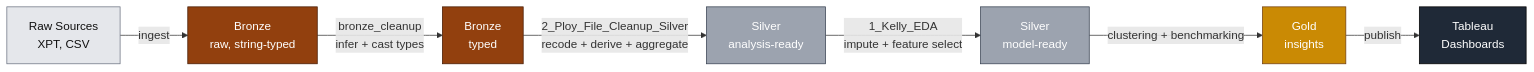
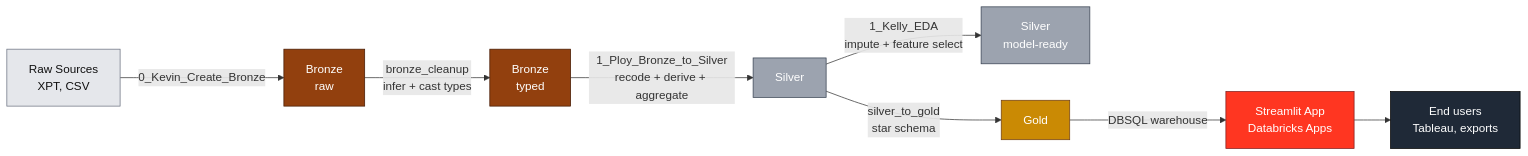
The diagram in README.md (kwang101-cb/DataEngineering_Final), drawn with Mermaid before and after one commit. The commit also changed other lines of this file and 14 other files, not shown here.

````diff
--- a/README.md
+++ b/README.md
@@ -74,15 +80,17 @@
 ```mermaid
 flowchart LR
-    A[Raw Sources<br/>XPT, CSV]:::raw -->|ingest| B[Bronze<br/>raw, string-typed]:::bronze
+    A[Raw Sources<br/>XPT, CSV]:::raw -->|0_Kevin_Create_Bronze| B[Bronze<br/>raw]:::bronze
     B -->|bronze_cleanup<br/>infer + cast types| C[Bronze<br/>typed]:::bronze
-    C -->|2_Ploy_File_Cleanup_Silver<br/>recode + derive + aggregate| D[Silver<br/>analysis-ready]:::silver
+    C -->|1_Ploy_Bronze_to_Silver<br/>recode + derive + aggregate| D[Silver]:::silver
     D -->|1_Kelly_EDA<br/>impute + feature select| E[Silver<br/>model-ready]:::silver
-    E -->|clustering + benchmarking| F[Gold<br/>insights]:::gold
-    F -->|publish| G[Tableau<br/>Dashboards]:::dash
+    D -->|silver_to_gold<br/>star schema| F[Gold]:::gold
+    F -->|DBSQL warehouse| G[Streamlit App<br/>Databricks Apps]:::app
+    G --> H[End users<br/>Tableau, exports]:::dash
 
     classDef raw fill:#e5e7eb,stroke:#6b7280,color:#111
     classDef bronze fill:#92400e,stroke:#451a03,color:#fff
     classDef silver fill:#9ca3af,stroke:#374151,color:#fff
     classDef gold fill:#ca8a04,stroke:#713f12,color:#fff
+    classDef app fill:#FF3621,stroke:#7f1d1d,color:#fff
     classDef dash fill:#1f2937,stroke:#000,color:#fff
 ```
````
